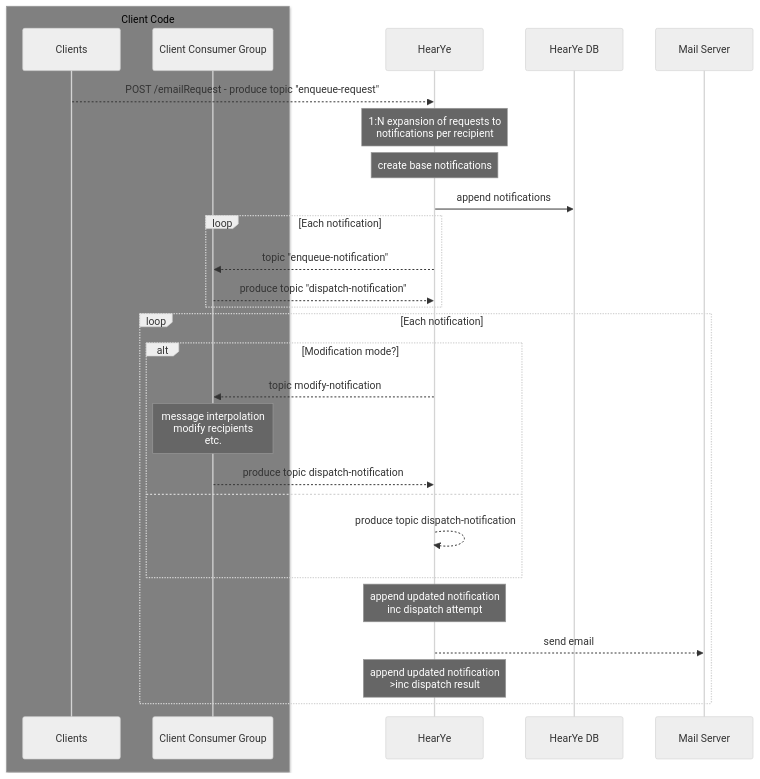
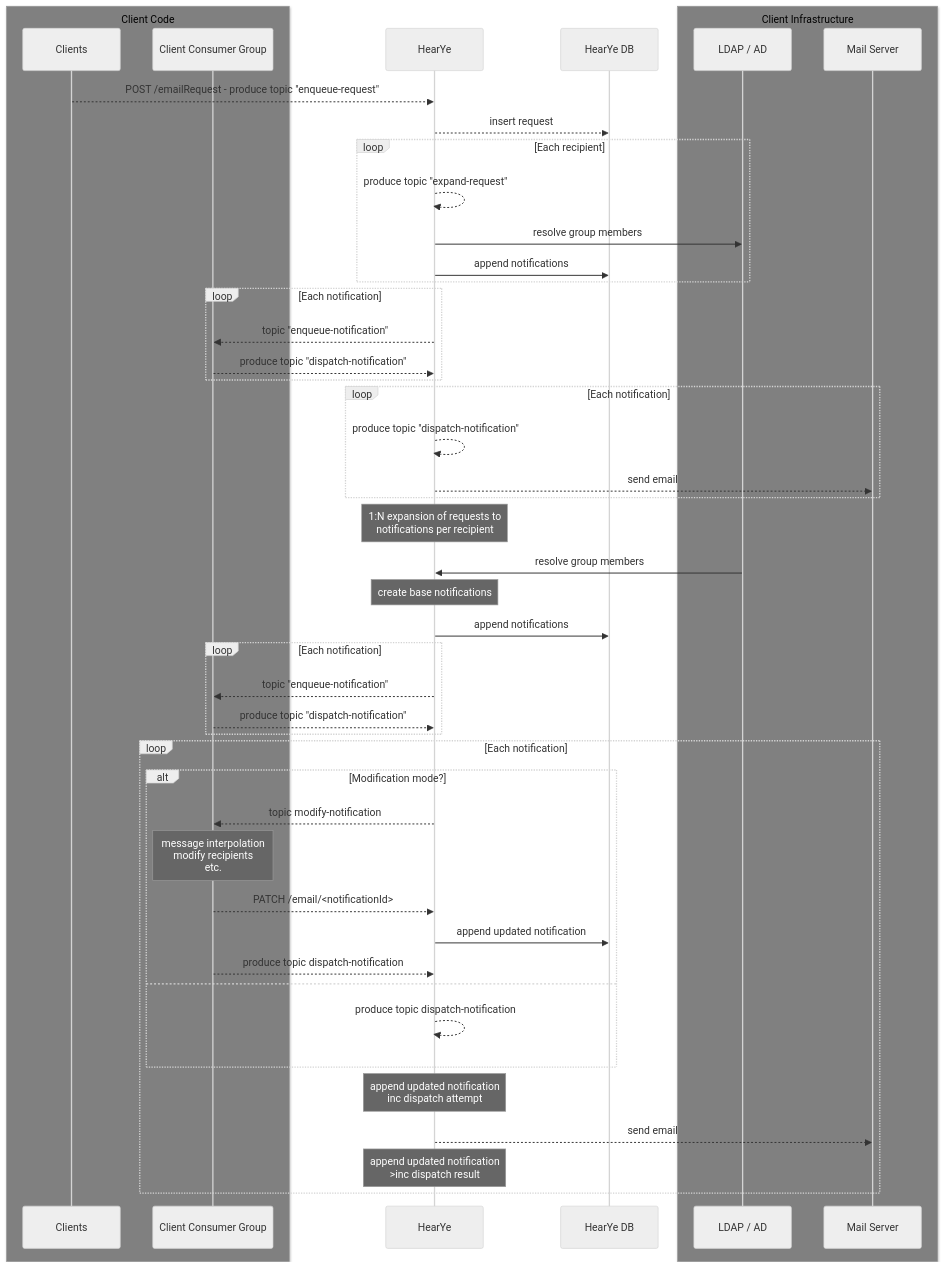
Before and after one commit to fleep/hearye: the diagram in docs/architecture.md, drawn with Mermaid (neutral theme). The commit also changed other lines of this file, not shown here.

````diff
--- a/docs/architecture.md
+++ b/docs/architecture.md
@@ -6,31 +6,51 @@
 ```mermaid
 sequenceDiagram
     box gray Client Code
         participant Clients
         participant Consumers as Client Consumer Group
     end
     participant HearYe
     participant HearYe DB
-    participant Mail Server
+    box gray Client Infrastructure
+        participant LDAP as LDAP / AD
+        participant Mail Server
+    end
     Clients -->> HearYe: POST /emailRequest - produce topic "enqueue-request"
+    HearYe -->> HearYe DB: insert request
+    loop Each recipient
+        HearYe -->> HearYe: produce topic "expand-request"
+        HearYe ->> LDAP: resolve group members
+        HearYe ->> HearYe DB: append notifications
+    end
+    loop Each notification
+        HearYe -->> Consumers: topic "enqueue-notification"
+        Consumers -->> HearYe: produce topic "dispatch-notification"
+    end
+    loop Each notification
+        HearYe -->> HearYe: produce topic "dispatch-notification"
+        HearYe -->> Mail Server: send email
+    end
     note over HearYe: 1:N expansion of requests to<br /> notifications per recipient
+    LDAP ->> HearYe: resolve group members
     note over HearYe: create base notifications
     HearYe ->> HearYe DB: append notifications
     loop Each notification
         HearYe -->> Consumers: topic "enqueue-notification"
         Consumers -->> HearYe: produce topic "dispatch-notification"
     end
     loop Each notification
         alt Modification mode?
             HearYe -->> Consumers: topic modify-notification
             note over Consumers: message interpolation<br />modify recipients<br />etc.
+            Consumers -->> HearYe: PATCH /email/<notificationId>
+            HearYe ->> HearYe DB: append updated notification
             Consumers -->> HearYe: produce topic dispatch-notification
         else
             HearYe -->> HearYe: produce topic dispatch-notification
         end
         note over HearYe: append updated notification<br />inc dispatch attempt
         HearYe -->> Mail Server: send email
         note over HearYe: append updated notification<br />>inc dispatch result
     end
     
 ```
````
